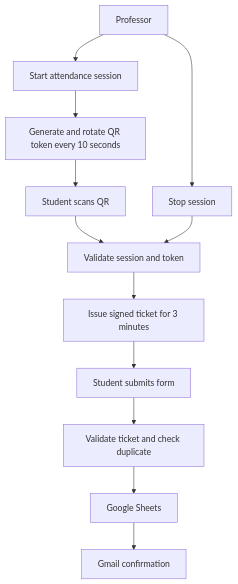
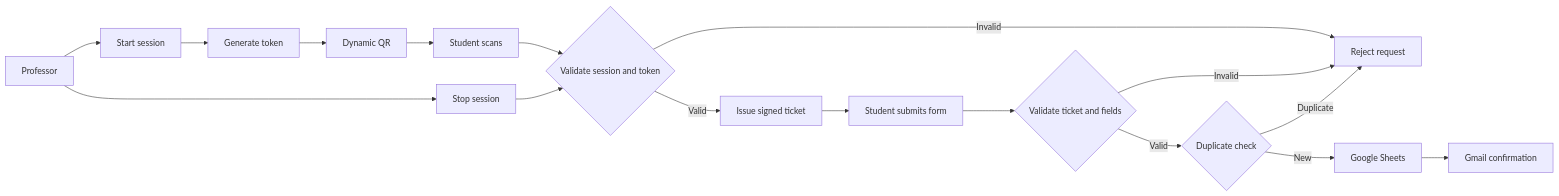
One commit to Abdelrahman-Noaman/dynamic-qr-attendance changed the diagram in README.md. Above: the diagram before and after it, drawn with Mermaid. The commit also changed other lines of this file, not shown here.

````diff
--- a/README.md
+++ b/README.md
@@ -17,14 +24,19 @@
 ```mermaid
-flowchart TD
-    P[Professor] --> S[Start attendance session]
-    S --> Q[Generate and rotate QR token every 10 seconds]
-    Q --> C[Student scans QR]
-    C --> V[Validate session and token]
-    V --> T[Issue signed ticket for 3 minutes]
-    T --> F[Student submits form]
-    F --> D[Validate ticket and check duplicate]
-    D --> G[Google Sheets]
+flowchart LR
+    P[Professor] --> S[Start session]
+    S --> T[Generate token]
+    T --> Q[Dynamic QR]
+    Q --> C[Student scans]
+    C --> V{Validate session and token}
+    V -->|Valid| K[Issue signed ticket]
+    V -->|Invalid| R[Reject request]
+    K --> F[Student submits form]
+    F --> X{Validate ticket and fields}
+    X -->|Valid| D{Duplicate check}
+    X -->|Invalid| R
+    D -->|New| G[Google Sheets]
+    D -->|Duplicate| R
     G --> E[Gmail confirmation]
-    P --> X[Stop session]
-    X --> V
+    P --> Z[Stop session]
+    Z --> V
 ```
````
